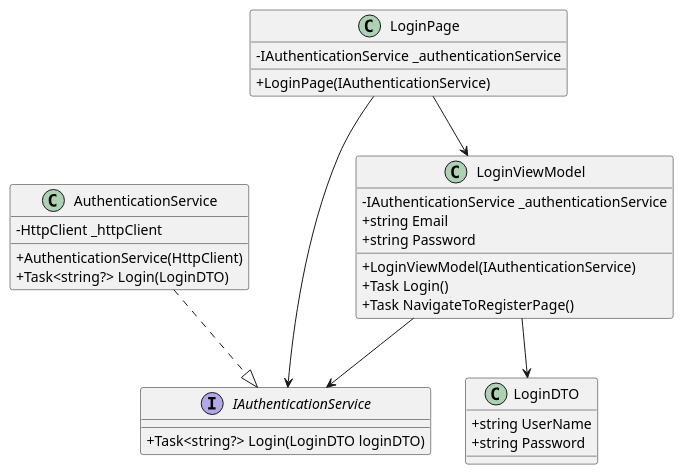
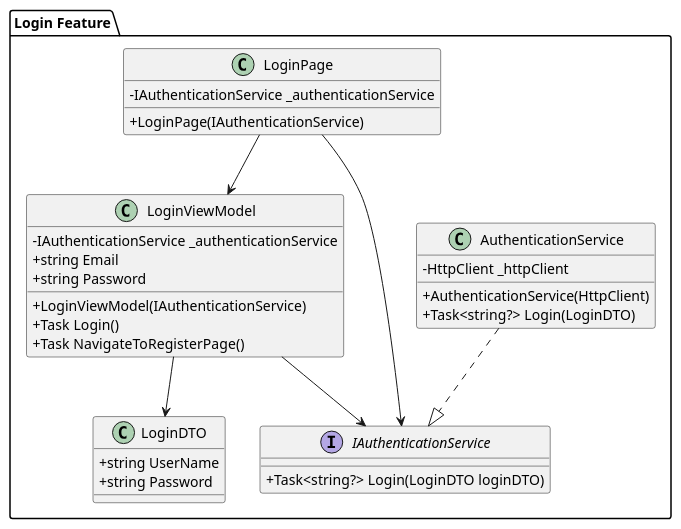
Before and after one commit to a-chiha/FinanceTrackerBackend: the diagram in diagrams/maui/login.puml, drawn with PlantUML.

Commit message:
login.puml edited

```diff
--- a/diagrams/maui/login.puml
+++ b/diagrams/maui/login.puml
@@ -1,45 +1,49 @@
 @startuml
 skinparam classAttributeIconSize 0
 
-' Interfaces
-interface IAuthenticationService {
-    +Task<string?> Login(LoginDTO loginDTO)
+package "Login Feature" {
+
+  ' Interfaces
+  interface IAuthenticationService {
+      +Task<string?> Login(LoginDTO loginDTO)
+  }
+
+  ' DTO
+  class LoginDTO {
+      +string UserName
+      +string Password
+  }
+
+  ' Services
+  class AuthenticationService {
+      -HttpClient _httpClient
+      +AuthenticationService(HttpClient)
+      +Task<string?> Login(LoginDTO)
+  }
+
+  ' ViewModels
+  class LoginViewModel {
+      -IAuthenticationService _authenticationService
+      +LoginViewModel(IAuthenticationService)
+      +string Email
+      +string Password
+      +Task Login()
+      +Task NavigateToRegisterPage()
+  }
+
+  ' Views
+  class LoginPage {
+      -IAuthenticationService _authenticationService
+      +LoginPage(IAuthenticationService)
+  }
+
+  ' Relationships
+  LoginViewModel --> IAuthenticationService
+  AuthenticationService ..|> IAuthenticationService
+  LoginViewModel --> LoginDTO
+  LoginPage --> LoginViewModel
+  LoginPage --> IAuthenticationService
+
 }
 
-' DTO
-class LoginDTO {
-    +string UserName
-    +string Password
-}
-
-' Services
-class AuthenticationService {
-    -HttpClient _httpClient
-    +AuthenticationService(HttpClient)
-    +Task<string?> Login(LoginDTO)
-}
-
-' ViewModels
-class LoginViewModel {
-    -IAuthenticationService _authenticationService
-    +LoginViewModel(IAuthenticationService)
-    +string Email
-    +string Password
-    +Task Login()
-    +Task NavigateToRegisterPage()
-}
-
-' Views
-class LoginPage {
-    -IAuthenticationService _authenticationService
-    +LoginPage(IAuthenticationService)
-}
-
-' Relationships
-LoginViewModel --> IAuthenticationService
-AuthenticationService ..|> IAuthenticationService
-LoginViewModel --> LoginDTO
-LoginPage --> LoginViewModel
-LoginPage --> IAuthenticationService
-
 @enduml
```
